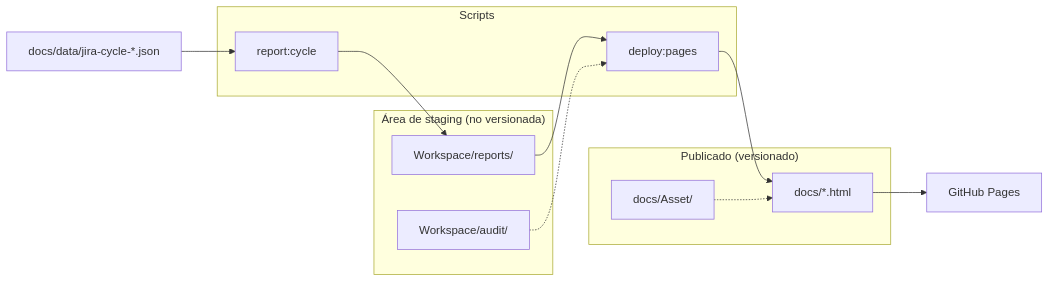
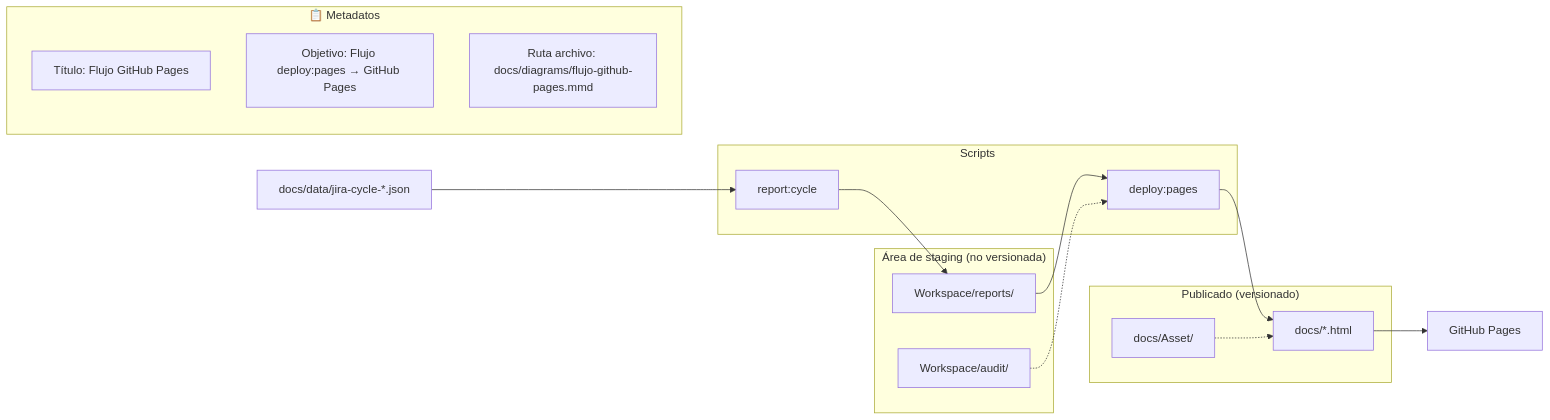
Before and after one commit to CARLOSPATINOVELEZ19/prueba-agente-po: the diagram in docs/diagrams/flujo-github-pages.mmd, drawn with Mermaid. The commit also changed 11 other files, not shown here.

First line of the commit message:
docs(diagrams): añadir metadatos Título, Objetivo y Ruta archivo a todos los diagramas

```diff
--- a/docs/diagrams/flujo-github-pages.mmd
+++ b/docs/diagrams/flujo-github-pages.mmd
@@ -1,25 +1,31 @@
 flowchart LR
+    subgraph metadata ["📋 Metadatos"]
+        M1["Título: Flujo GitHub Pages"]
+        M2["Objetivo: Flujo deploy:pages → GitHub Pages"]
+        M3["Ruta archivo: docs/diagrams/flujo-github-pages.mmd"]
+    end
+
     subgraph staging ["Área de staging (no versionada)"]
         W[Workspace/reports/]
         W2[Workspace/audit/]
     end
 
     subgraph scripts ["Scripts"]
         R[report:cycle]
         D[deploy:pages]
     end
 
     subgraph published ["Publicado (versionado)"]
         P[docs/*.html]
         A[docs/Asset/]
     end
 
     J[docs/data/jira-cycle-*.json] --> R
     R --> W
     W --> D
     D --> P
     A -.-> P
 
     W2 -.-> D
 
     P --> GH[GitHub Pages]
```
